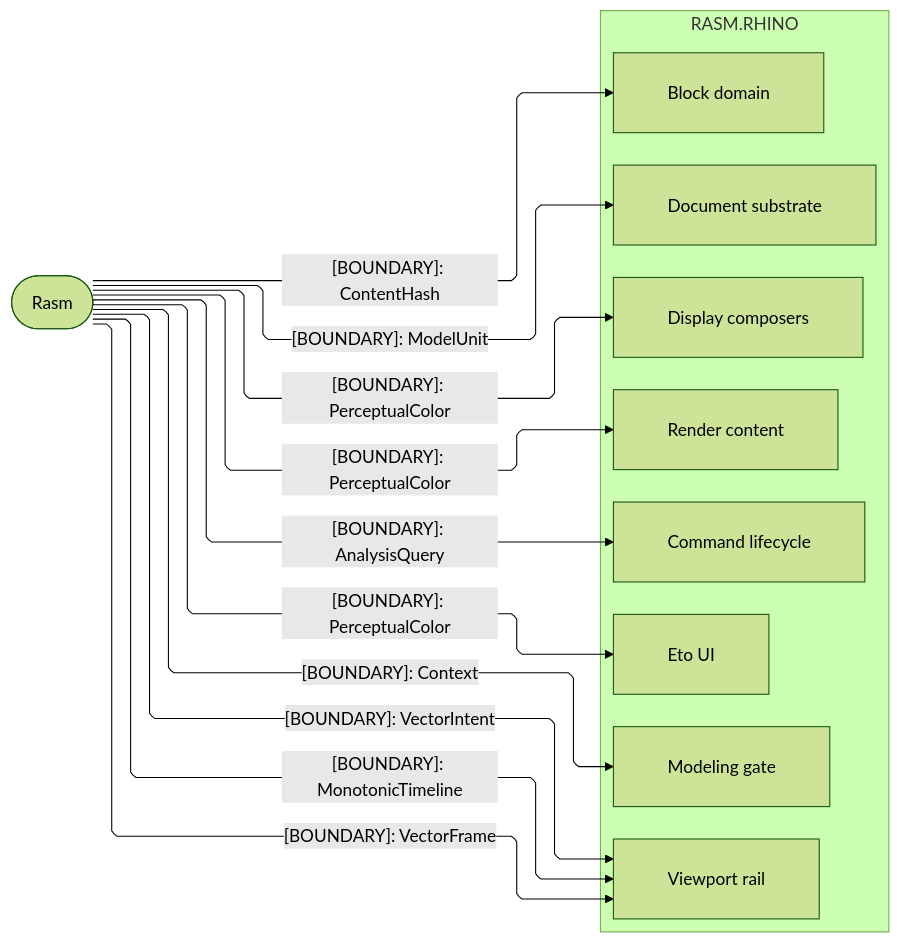
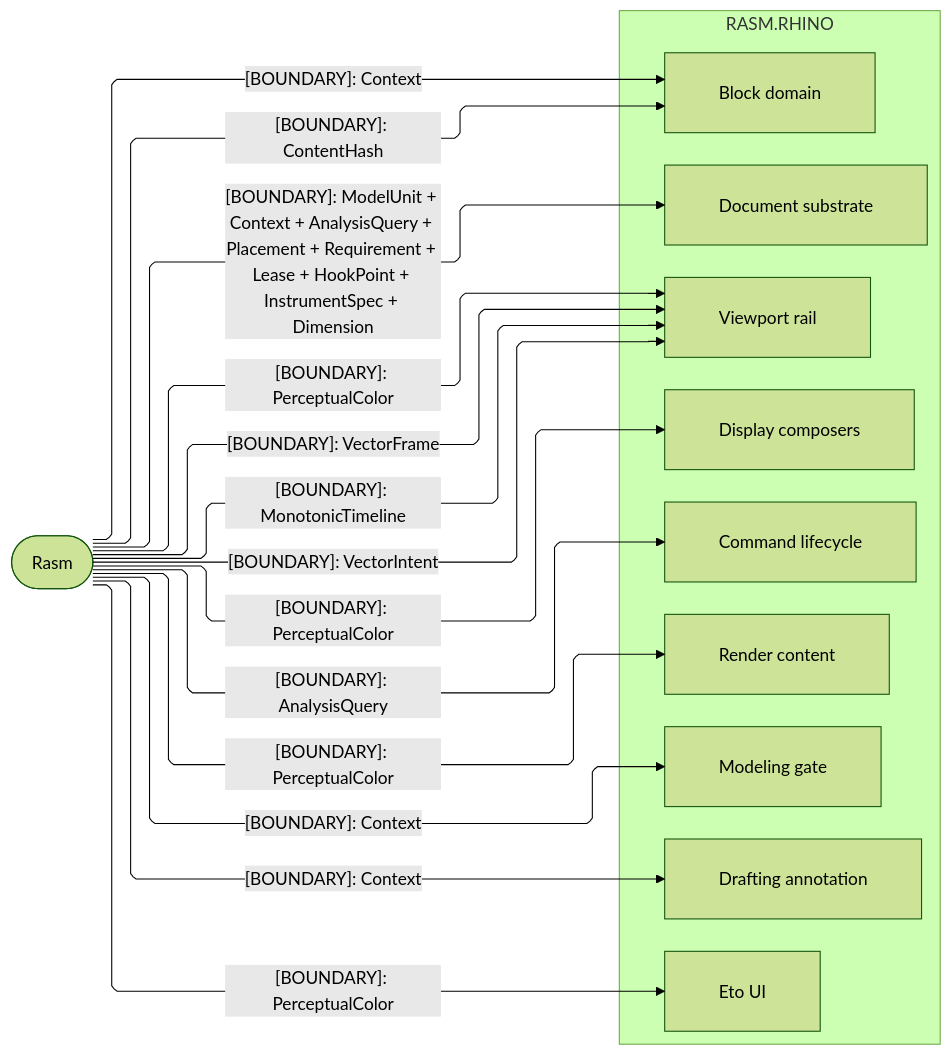
Before and after one commit to bsamiee/Rasm: the second of 3 diagrams in libs/csharp/Rasm.Rhino/ARCHITECTURE.md, drawn with Mermaid (forest theme). The commit also changed other lines of this file and 108 other files, not shown here.

Commit message:
Land the coldpass doc-set deltas across README, ARCHITECTURE, RULINGS, IDEAS, and TASKLOG files

````diff
--- a/libs/csharp/Rasm.Rhino/ARCHITECTURE.md
+++ b/libs/csharp/Rasm.Rhino/ARCHITECTURE.md
@@ -166,33 +166,37 @@
 ```mermaid
 ---
 config:
   layout: elk
   flowchart:
     curve: linear
     padding: 25
 ---
 flowchart LR
     accTitle: Rasm.Rhino kernel-boundary seams
     accDescr: Rasm.Rhino host sub-domain owners consuming frozen-name value contracts down from the Rasm kernel, one boundary rail per consuming sub-domain.
     subgraph rhino[RASM.RHINO]
         Document[Document substrate]
         Commands[Command lifecycle]
         Blocks[Block domain]
         Modeling[Modeling gate]
+        Annotation[Drafting annotation]
         Viewport[Viewport rail]
         Display[Display composers]
         Render[Render content]
         Eto[Eto UI]
     end
     Rasm([Rasm])
-    Rasm e1@-->|"[BOUNDARY]: ModelUnit"| Document
+    Rasm e1@-->|"[BOUNDARY]: ModelUnit + Context + AnalysisQuery + Placement + Requirement + Lease + HookPoint + InstrumentSpec + Dimension"| Document
     Rasm e2@-->|"[BOUNDARY]: VectorFrame"| Viewport
     Rasm e3@-->|"[BOUNDARY]: AnalysisQuery"| Commands
     Rasm e4@-->|"[BOUNDARY]: PerceptualColor"| Eto
     Rasm e5@-->|"[BOUNDARY]: MonotonicTimeline"| Viewport
     Rasm e6@-->|"[BOUNDARY]: VectorIntent"| Viewport
     Rasm e7@-->|"[BOUNDARY]: Context"| Modeling
     Rasm e8@-->|"[BOUNDARY]: ContentHash"| Blocks
     Rasm e9@-->|"[BOUNDARY]: PerceptualColor"| Display
     Rasm e10@-->|"[BOUNDARY]: PerceptualColor"| Render
+    Rasm e11@-->|"[BOUNDARY]: PerceptualColor"| Viewport
+    Rasm e12@-->|"[BOUNDARY]: Context"| Annotation
+    Rasm e13@-->|"[BOUNDARY]: Context"| Blocks
 ```
````
